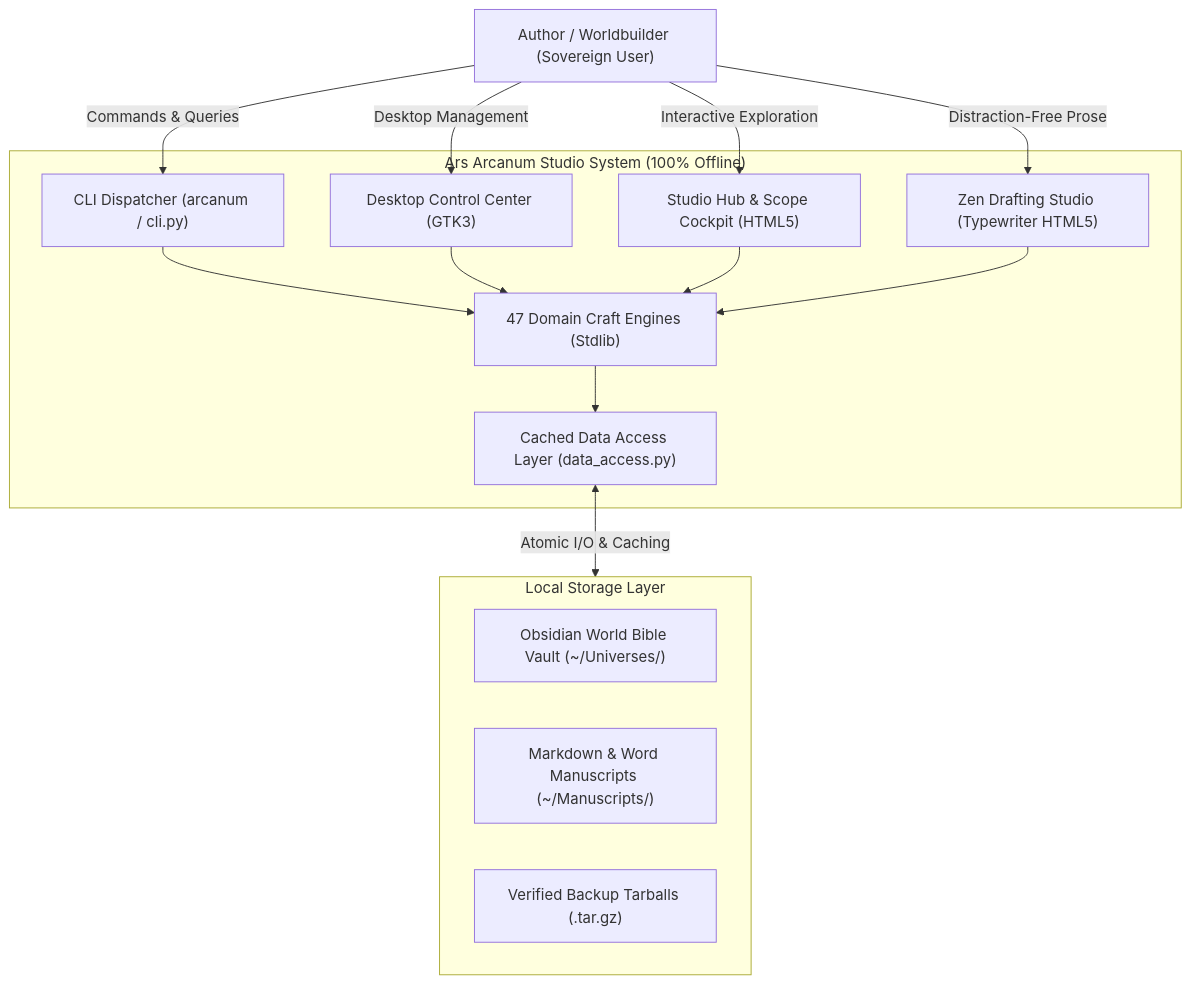
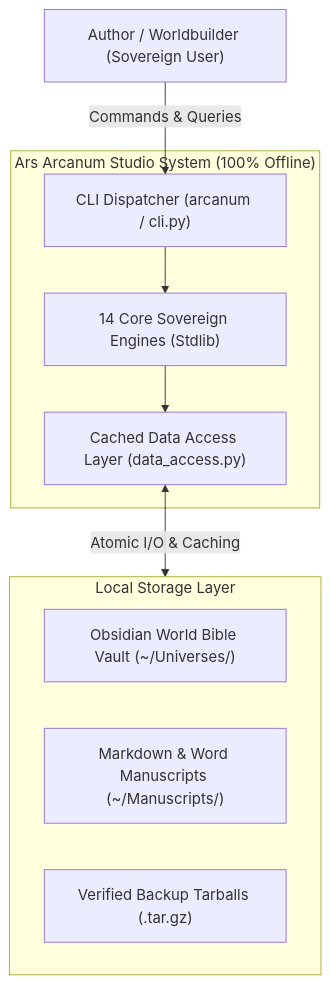
Before and after one commit to aryansinghnagar/Ars-Arcanum: the first of 2 diagrams in docs/codebase/ARCHITECTURE.md, drawn with Mermaid. The commit also changed other lines of this file and 167 other files, not shown here.

Commit message:
feat(core): modernize to sovereign tool-first architecture with 14 retained engines and 32 obsidian plugins

````diff
--- a/docs/codebase/ARCHITECTURE.md
+++ b/docs/codebase/ARCHITECTURE.md
@@ -130,28 +133,21 @@
 ```mermaid
 flowchart TD
     Author["Author / Worldbuilder (Sovereign User)"]
     
     subgraph ArsArcanum["Ars Arcanum Studio System (100% Offline)"]
         CLI["CLI Dispatcher (arcanum / cli.py)"]
-        GUI["Desktop Control Center (GTK3)"]
-        Hub["Studio Hub & Scope Cockpit (HTML5)"]
-        Zen["Zen Drafting Studio (Typewriter HTML5)"]
-        Engines["47 Domain Craft Engines (Stdlib)"]
+        Engines["14 Core Sovereign Engines (Stdlib)"]
         DAL["Cached Data Access Layer (data_access.py)"]
     end
     
     subgraph Storage["Local Storage Layer"]
         Vault["Obsidian World Bible Vault (~/Universes/)"]
         Manuscript["Markdown & Word Manuscripts (~/Manuscripts/)"]
         Backups["Verified Backup Tarballs (.tar.gz)"]
     end
     
     Author -->|Commands & Queries| CLI
-    Author -->|Desktop Management| GUI
-    Author -->|Interactive Exploration| Hub
-    Author -->|Distraction-Free Prose| Zen
-    
-    CLI & GUI & Hub & Zen --> Engines
+    CLI --> Engines
     Engines --> DAL
     DAL <-->|Atomic I/O & Caching| Storage
 ```
````
